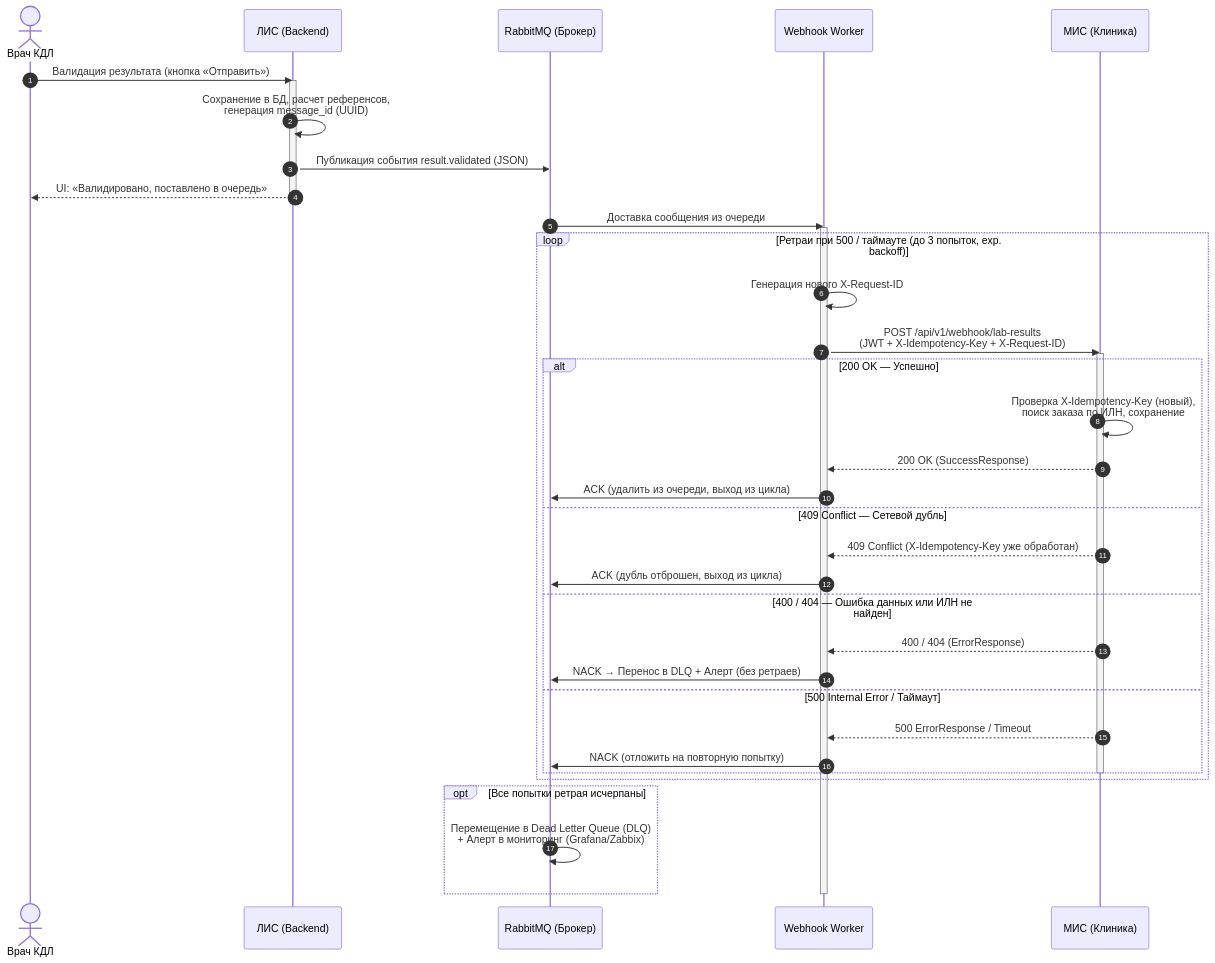
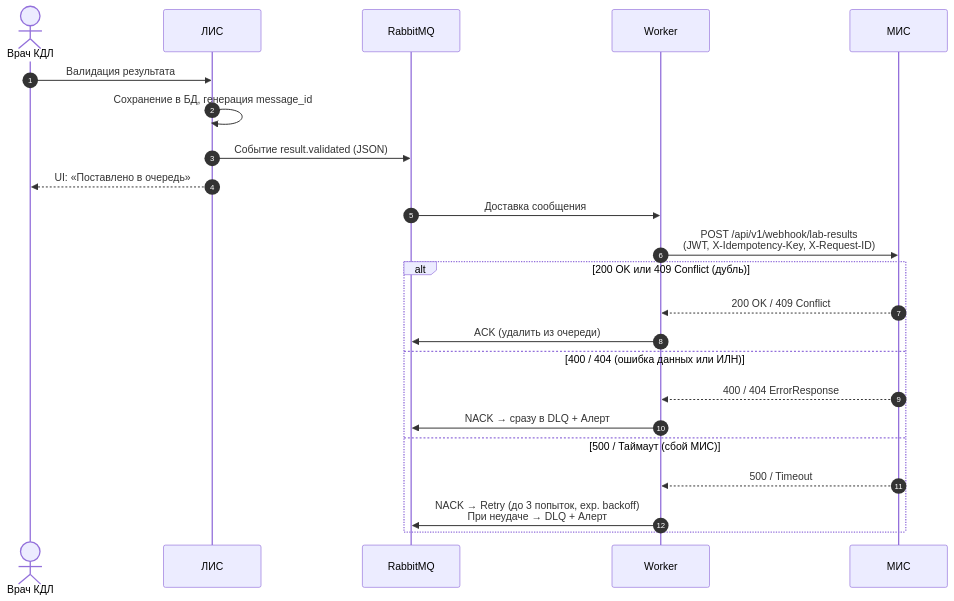
One commit to listvann/System-Analysis-Portfolio changed the diagram in project-lis/api-results.md. Above: the diagram before and after it, drawn with Mermaid. The commit also changed other lines of this file, not shown here.

````diff
--- a/project-lis/api-results.md
+++ b/project-lis/api-results.md
@@ -84,45 +82,28 @@
 ```mermaid
 sequenceDiagram
     autonumber
-    actor Doctor as Врач КДЛ
-    participant LIS as ЛИС (Backend)
-    participant MQ as RabbitMQ (Брокер)
-    participant Worker as Webhook Worker
-    participant MIS as МИС (Клиника)
+    actor Doc as Врач КДЛ
+    participant LIS as ЛИС
+    participant MQ as RabbitMQ
+    participant W as Worker
+    participant MIS as МИС
 
-    Doctor->>LIS: Валидация результата (кнопка «Отправить»)
-    activate LIS
-    LIS->>LIS: Сохранение в БД, расчет референсов,<br/>генерация message_id (UUID)
-    LIS->>MQ: Публикация события result.validated (JSON)
-    LIS-->>Doctor: UI: «Валидировано, поставлено в очередь»
-    deactivate LIS
+    Doc->>LIS: Валидация результата
+    LIS->>LIS: Сохранение в БД, генерация message_id
+    LIS->>MQ: Событие result.validated (JSON)
+    LIS-->>Doc: UI: «Поставлено в очередь»
 
-    MQ->>Worker: Доставка сообщения из очереди
-    activate Worker
+    MQ->>W: Доставка сообщения
+    W->>MIS: POST /api/v1/webhook/lab-results<br/>(JWT, X-Idempotency-Key, X-Request-ID)
 
-    loop Ретраи при 500 / таймауте (до 3 попыток, exp. backoff)
-        Worker->>Worker: Генерация нового X-Request-ID
-        Worker->>MIS: POST /api/v1/webhook/lab-results<br/>(JWT + X-Idempotency-Key + X-Request-ID)
-        activate MIS
-        alt 200 OK — Успешно
-            MIS->>MIS: Проверка X-Idempotency-Key (новый),<br/>поиск заказа по ИЛН, сохранение
-            MIS-->>Worker: 200 OK (SuccessResponse)
-            Worker->>MQ: ACK (удалить из очереди, выход из цикла)
-        else 409 Conflict — Сетевой дубль
-            MIS-->>Worker: 409 Conflict (X-Idempotency-Key уже обработан)
-            Worker->>MQ: ACK (дубль отброшен, выход из цикла)
-        else 400 / 404 — Ошибка данных или ИЛН не найден
-            MIS-->>Worker: 400 / 404 (ErrorResponse)
-            Worker->>MQ: NACK → Перенос в DLQ + Алерт (без ретраев)
-        else 500 Internal Error / Таймаут
-            MIS-->>Worker: 500 ErrorResponse / Timeout
-            Worker->>MQ: NACK (отложить на повторную попытку)
-        end
-        deactivate MIS
+    alt 200 OK или 409 Conflict (дубль)
+        MIS-->>W: 200 OK / 409 Conflict
+        W->>MQ: ACK (удалить из очереди)
+    else 400 / 404 (ошибка данных или ИЛН)
+        MIS-->>W: 400 / 404 ErrorResponse
+        W->>MQ: NACK → сразу в DLQ + Алерт
+    else 500 / Таймаут (сбой МИС)
+        MIS-->>W: 500 / Timeout
+        W->>MQ: NACK → Retry (до 3 попыток, exp. backoff)<br/>При неудаче → DLQ + Алерт
     end
-
-    opt Все попытки ретрая исчерпаны
-        MQ->>MQ: Перемещение в Dead Letter Queue (DLQ)<br/>+ Алерт в мониторинг (Grafana/Zabbix)
-    end
-    deactivate Worker
 ```
````
